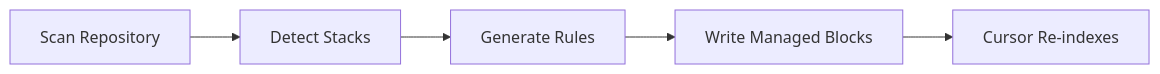
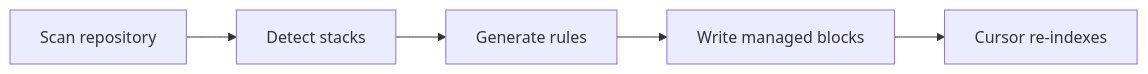
One commit to Tlkh201313/build-cursorignore-skill changed the diagram in OVERVIEW.md. Above: the diagram before and after it, drawn with Mermaid. The commit also changed other lines of this file, not shown here.

````diff
--- a/OVERVIEW.md
+++ b/OVERVIEW.md
@@ -57,7 +106,7 @@
 ```mermaid
 flowchart LR
-    A[Scan Repository] --> B[Detect Stacks]
-    B --> C[Generate Rules]
-    C --> D[Write Managed Blocks]
-    D --> E[Cursor Re-indexes]
+    A[Scan repository] --> B[Detect stacks]
+    B --> C[Generate rules]
+    C --> D[Write managed blocks]
+    D --> E[Cursor re-indexes]
 ```
````
